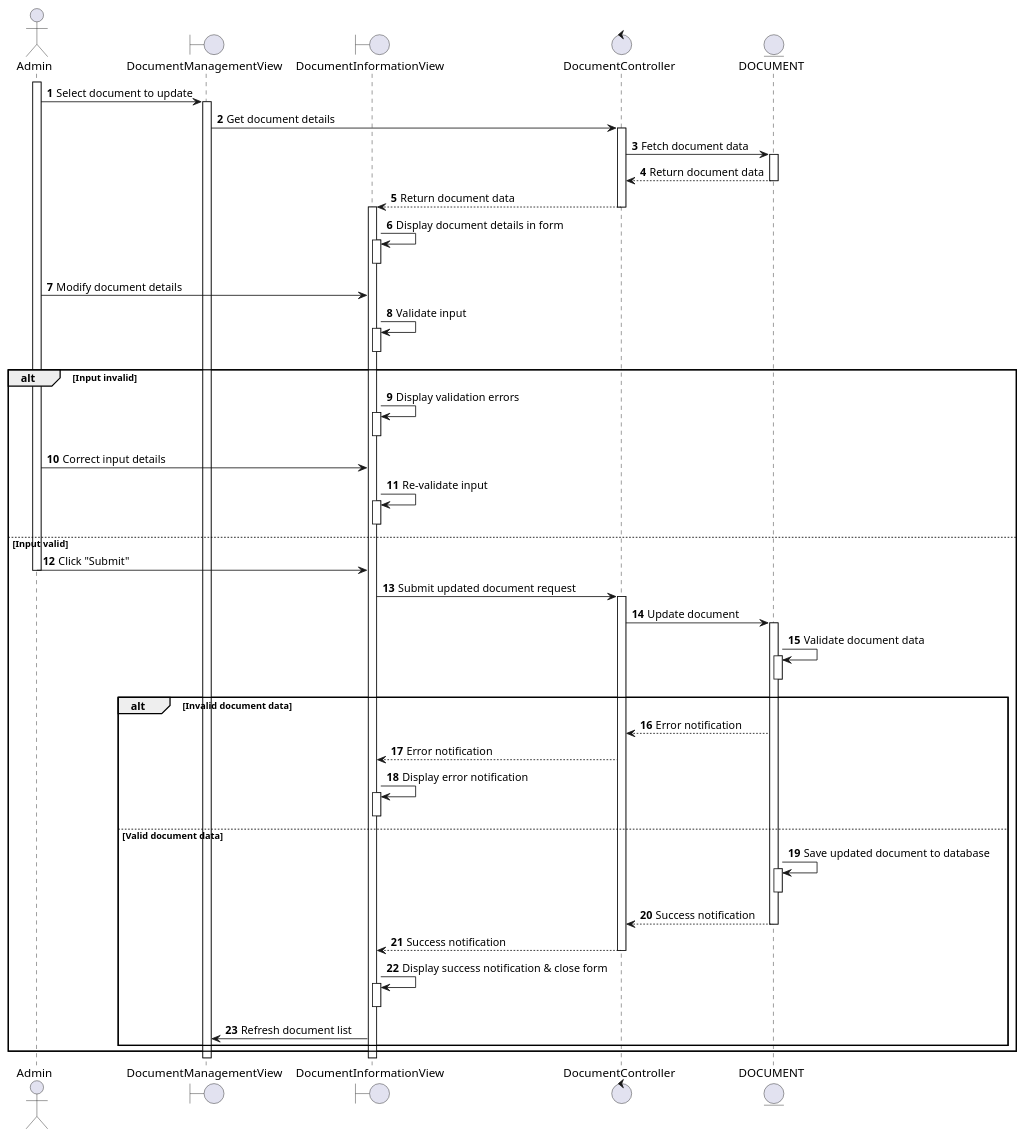
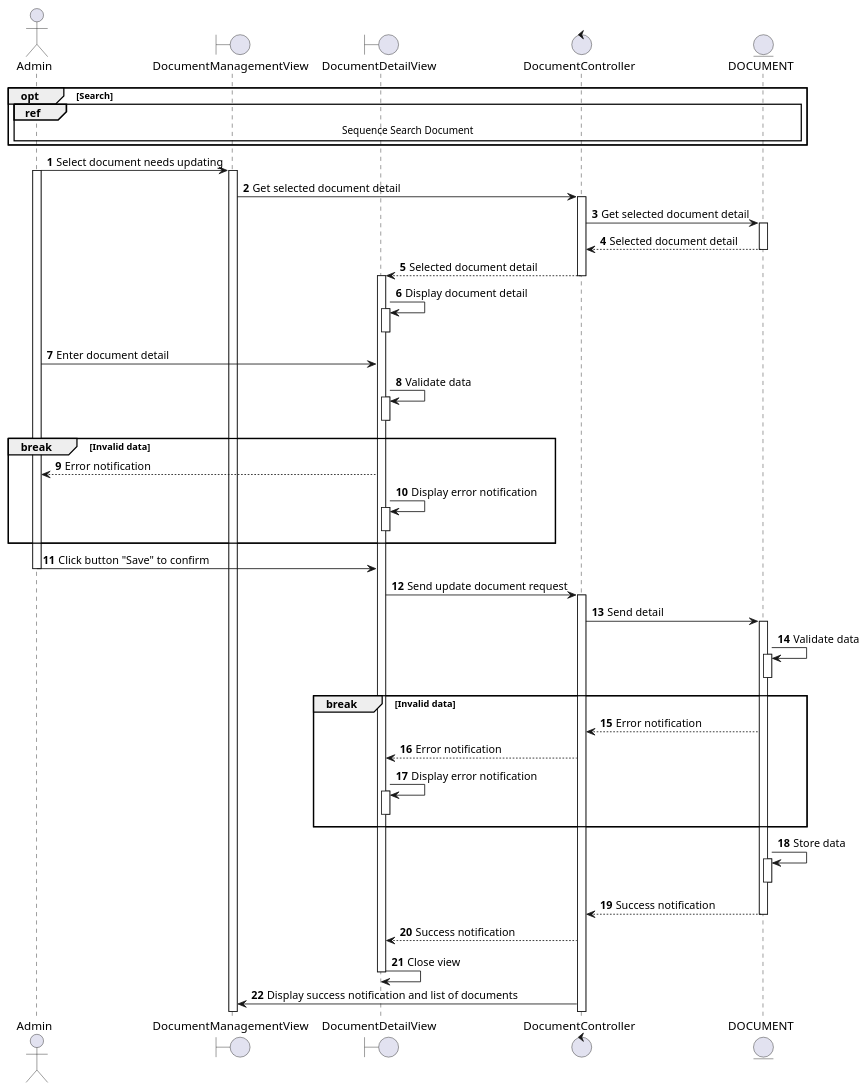
Before and after one commit to electricilies/electricilies.github.io: the diagram in docs/docs/sequence/adjust-document/update-document.md, drawn with PlantUML. The commit also changed 22 other files, not shown here.

````diff
--- a/docs/docs/sequence/adjust-document/update-document.md
+++ b/docs/docs/sequence/adjust-document/update-document.md
@@ -3,71 +3,66 @@
 ```plantuml
 @startuml
 autonumber
 
 actor Admin as A
 boundary DocumentManagementView as DMV
-boundary DocumentInformationView as DIV
+boundary DocumentDetailView as DDV
 control DocumentController as DC
 entity DOCUMENT as D
 
+opt Search
+  ref over A, D: Sequence Search Document
+end
+A -> DMV: Select document needs updating
 activate A
-A -> DMV: Select document to update
 activate DMV
-DMV -> DC: Get document details
+DMV -> DC: Get selected document detail
 activate DC
-DC -> D: Fetch document data
+DC -> D: Get selected document detail
 activate D
-DC <-- D: Return document data
+DC <-- D: Selected document detail
 deactivate D
-DIV <-- DC: Return document data
+DDV <-- DC: Selected document detail
 deactivate DC
-activate DIV
-DIV -> DIV: Display document details in form
-activate DIV
-deactivate DIV
-A -> DIV: Modify document details
-DIV -> DIV: Validate input
-activate DIV
-deactivate DIV
-alt Input invalid
-    DIV -> DIV: Display validation errors
-    activate DIV
-    deactivate DIV
-    A -> DIV: Correct input details
-    DIV -> DIV: Re-validate input
-    activate DIV
-    deactivate DIV
-else Input valid
-    A -> DIV: Click "Submit"
-    deactivate A
-    DIV -> DC: Submit updated document request
-    deactivate A
-    activate DC
-    DC -> D: Update document
-    activate D
-    D -> D: Validate document data
-    activate D
-    deactivate D
-    alt Invalid document data
-        DC <-- D: Error notification
-        DIV <-- DC: Error notification
-        DIV -> DIV: Display error notification
-        activate DIV
-        deactivate DIV
-    else Valid document data
-        D -> D: Save updated document to database
-        activate D
-        deactivate D
-        DC <-- D: Success notification
-        deactivate D
-        DIV <-- DC: Success notification
-        deactivate DC
-        DIV -> DIV: Display success notification & close form
-        activate DIV
-        deactivate DIV
-        DIV -> DMV: Refresh document list
-    end
+activate DDV
+DDV -> DDV: Display document detail
+activate DDV
+deactivate DDV
+A -> DDV: Enter document detail
+DDV -> DDV: Validate data
+activate DDV
+deactivate DDV
+break Invalid data
+  A <-- DDV: Error notification
+  DDV -> DDV: Display error notification
+  activate DDV
+  deactivate DDV
 end
+A -> DDV: Click button "Save" to confirm
+deactivate A
+DDV -> DC: Send update document request
+activate DC
+DC -> D: Send detail
+activate D
+D -> D: Validate data
+activate D
+deactivate D
+break Invalid data
+  DC <-- D: Error notification
+  DDV <-- DC: Error notification
+  DDV -> DDV: Display error notification
+  activate DDV
+  deactivate DDV
+end
+D -> D: Store data
+activate D
+deactivate D
+DC <-- D: Success notification
+deactivate D
+DDV <-- DC: Success notification
+DDV -> DDV: Close view
+deactivate DDV
+DMV <- DC: Display success notification and list of documents
 
 @enduml
 ```
````
